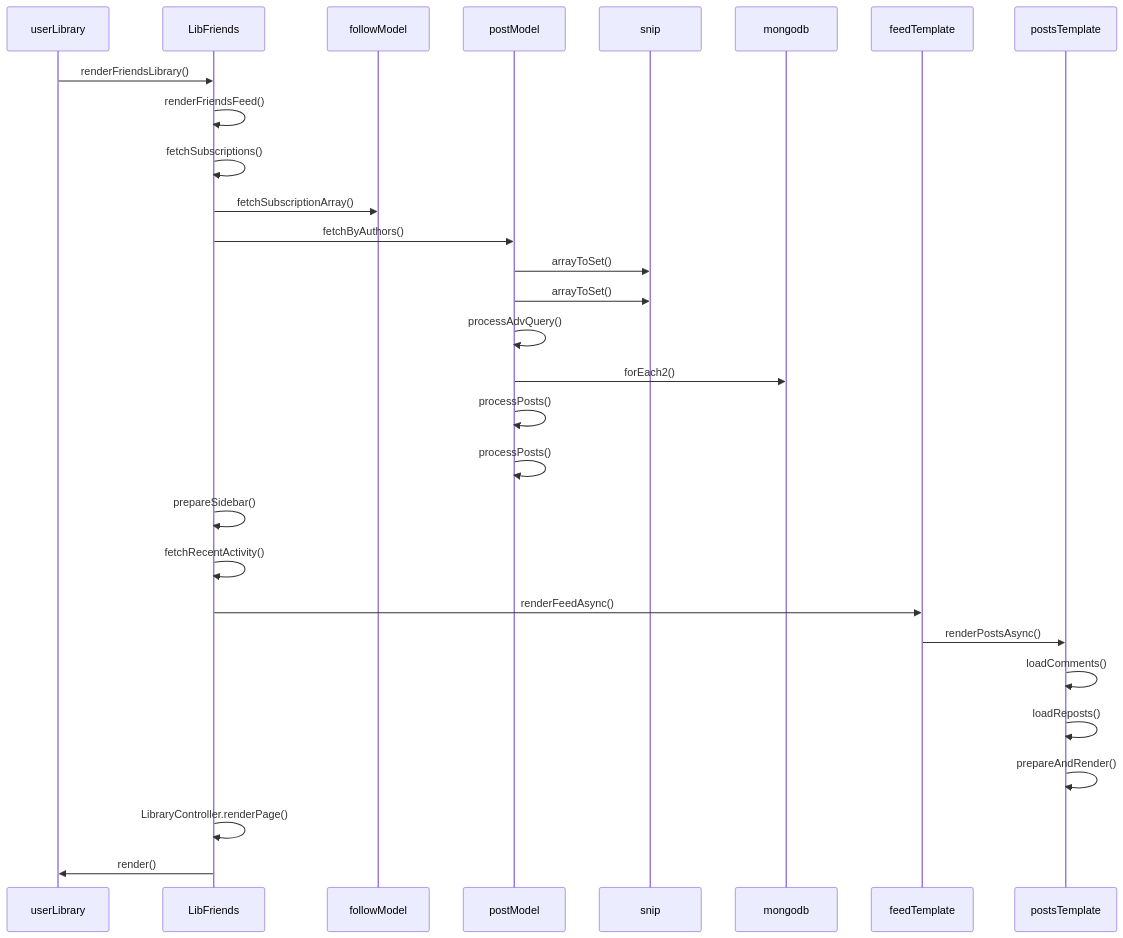
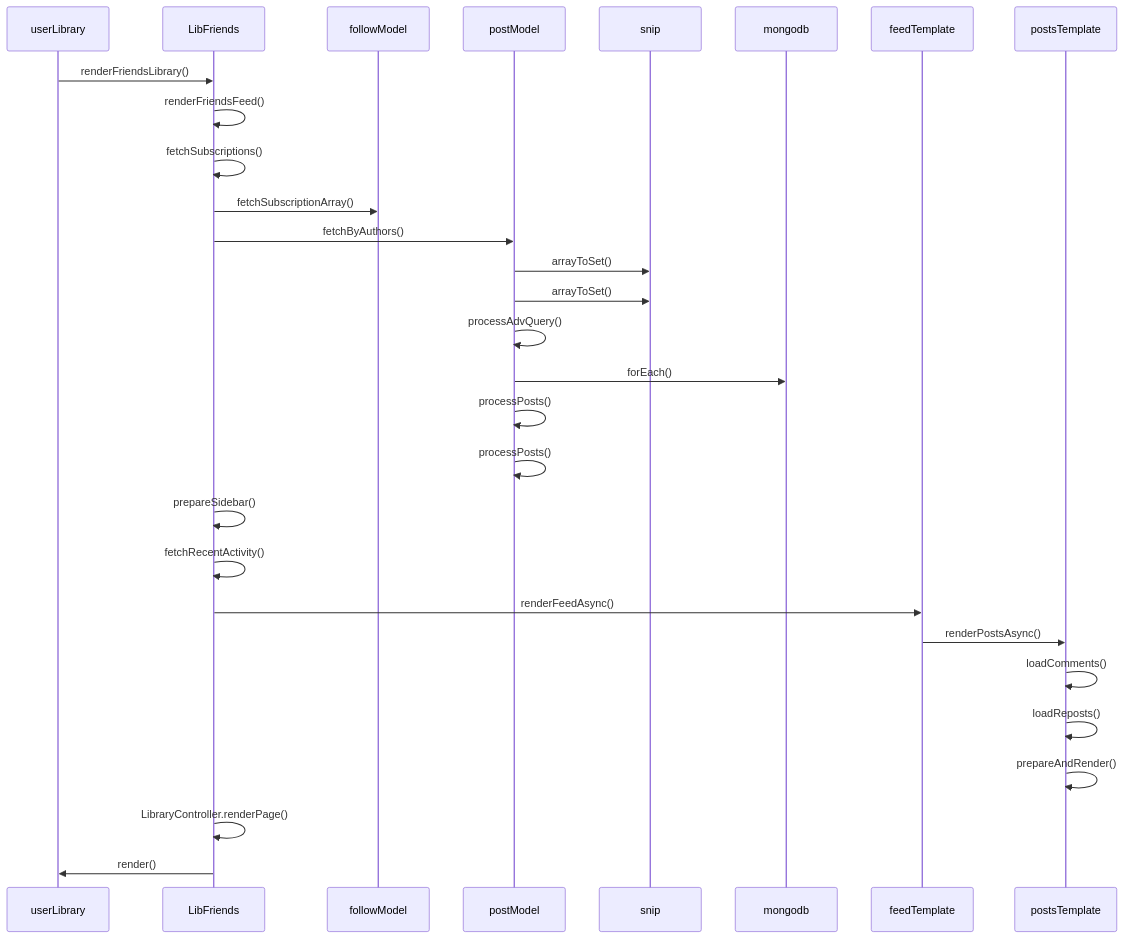
The diagram in docs/homefeed-flow.md (openwhyd/openwhyd), drawn with Mermaid before and after one commit. The commit also changed other lines of this file, not shown here.

````diff
--- a/docs/homefeed-flow.md
+++ b/docs/homefeed-flow.md
@@ -30,32 +30,32 @@
 ```mermaid
 sequenceDiagram
   participant userLibrary
   participant LibFriends
   participant followModel
   participant postModel
   participant snip
   participant mongodb
   participant feedTemplate
   participant postsTemplate
 
   userLibrary->>LibFriends: renderFriendsLibrary()
   LibFriends->>LibFriends: renderFriendsFeed()
   LibFriends->>LibFriends: fetchSubscriptions()
   LibFriends->>followModel: fetchSubscriptionArray()
   LibFriends->>postModel: fetchByAuthors()
   postModel->>snip: arrayToSet()
   postModel->>snip: arrayToSet()
   postModel->>postModel: processAdvQuery()
-  postModel->>mongodb: forEach2()
+  postModel->>mongodb: forEach()
   postModel->>postModel: processPosts()
   postModel->>postModel: processPosts()
   LibFriends->>LibFriends: prepareSidebar()
   LibFriends->>LibFriends: fetchRecentActivity()
   LibFriends->>feedTemplate: renderFeedAsync()
   feedTemplate->>postsTemplate: renderPostsAsync()
   postsTemplate->>postsTemplate: loadComments()
   postsTemplate->>postsTemplate: loadReposts()
   postsTemplate->>postsTemplate: prepareAndRender()
   LibFriends->>LibFriends: LibraryController.renderPage()
   LibFriends->>userLibrary: render()
 ```
````
